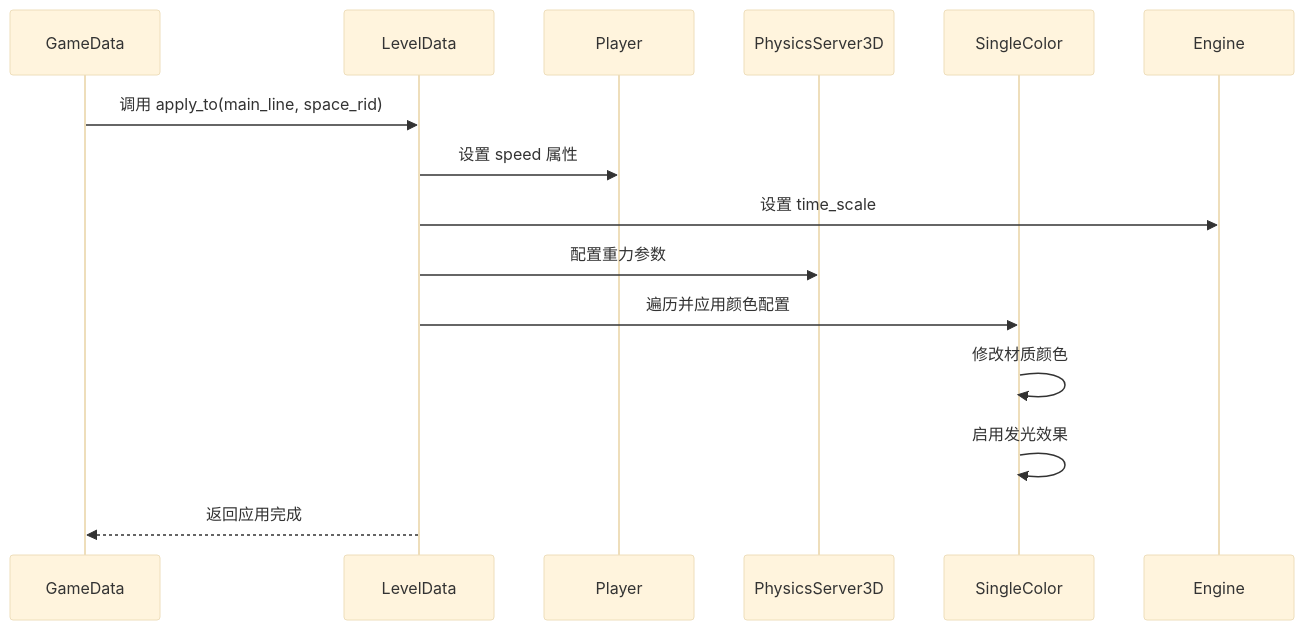
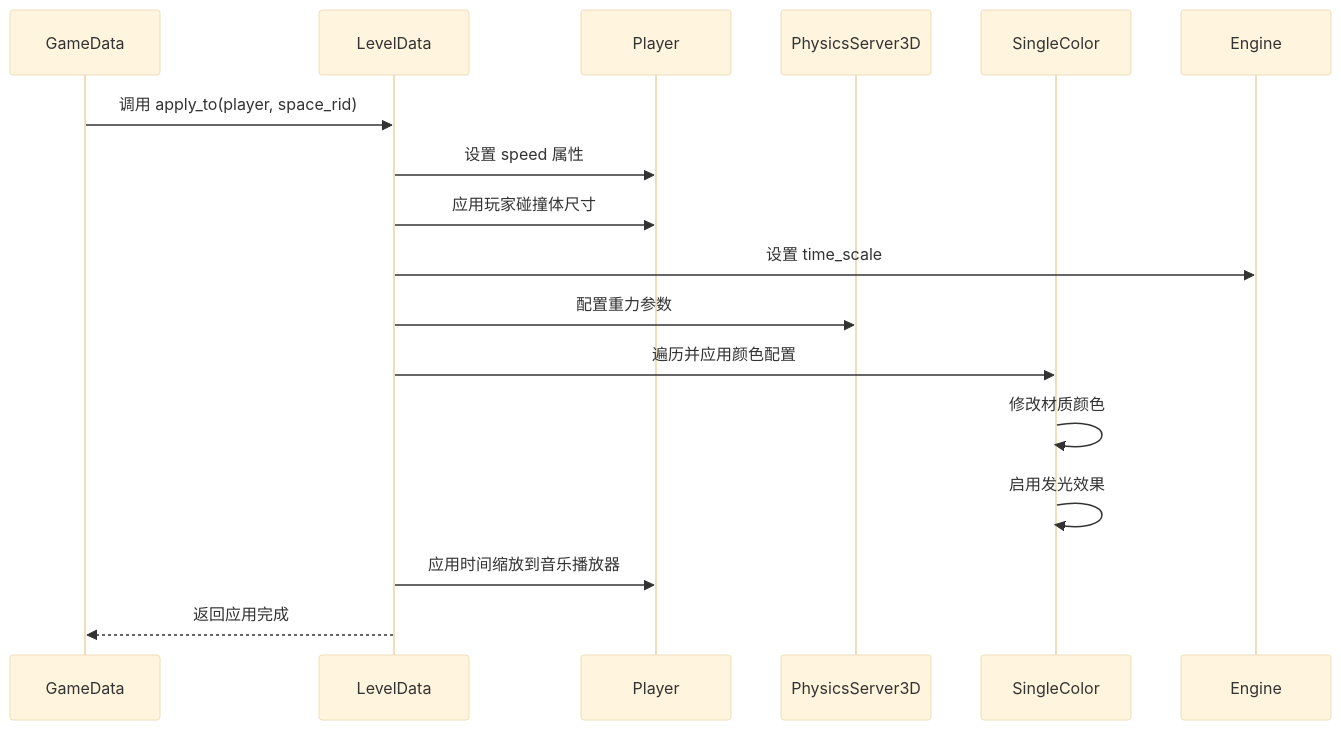
One commit to godotline/godot-line changed the third of 6 diagrams in .qoder/repowiki/zh/content/模板系统/等级数据系统.md. Above: the diagram before and after it, drawn with Mermaid (base theme). The commit also changed other lines of this file and 13 other files, not shown here.

````diff
--- a/.qoder/repowiki/zh/content/模板系统/等级数据系统.md
+++ b/.qoder/repowiki/zh/content/模板系统/等级数据系统.md
@@ -177,16 +190,18 @@
 ```mermaid
 sequenceDiagram
 participant GD as GameData
 participant LD as LevelData
 participant PL as Player
 participant PS as PhysicsServer3D
 participant SC as SingleColor
-GD->>LD : 调用 apply_to(main_line, space_rid)
+GD->>LD : 调用 apply_to(player, space_rid)
 LD->>PL : 设置 speed 属性
+LD->>PL : 应用玩家碰撞体尺寸
 LD->>Engine : 设置 time_scale
 LD->>PS : 配置重力参数
 LD->>SC : 遍历并应用颜色配置
 SC->>SC : 修改材质颜色
 SC->>SC : 启用发光效果
+LD->>PL : 应用时间缩放到音乐播放器
 LD-->>GD : 返回应用完成
 ```
````
